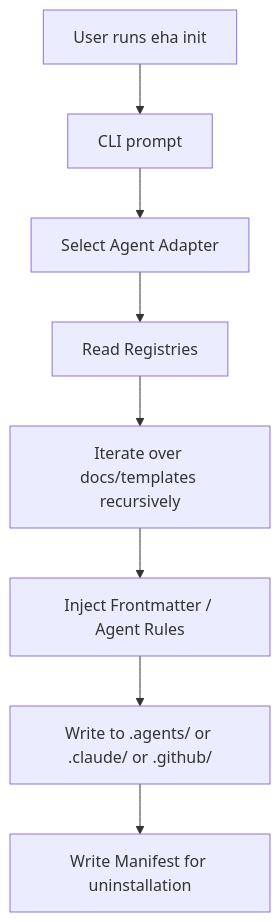
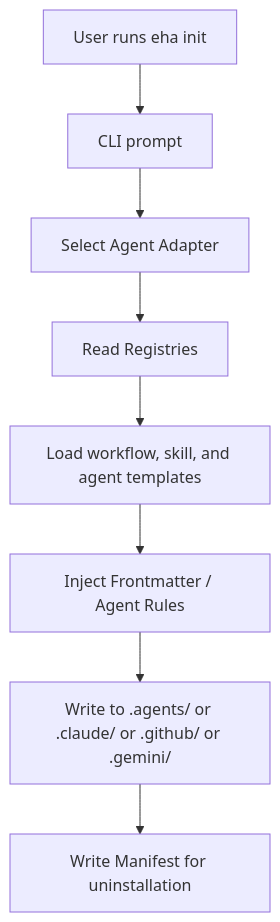
Before and after one commit to SallMarta/eye-hate-agent: the first of 2 diagrams in docs/project-docs/foundation/architecture.md, drawn with Mermaid. The commit also changed other lines of this file and 25 other files, not shown here.

````diff
--- a/docs/project-docs/foundation/architecture.md
+++ b/docs/project-docs/foundation/architecture.md
@@ -56,10 +56,10 @@
 ```mermaid
 graph TD
     A[User runs eha init] --> B[CLI prompt]
     B --> C[Select Agent Adapter]
     C --> D[Read Registries]
-    D --> E[Iterate over docs/templates recursively]
+    D --> E[Load workflow, skill, and agent templates]
     E --> F[Inject Frontmatter / Agent Rules]
-    F --> G[Write to .agents/ or .claude/ or .github/]
+    F --> G[Write to .agents/ or .claude/ or .github/ or .gemini/]
     G --> H[Write Manifest for uninstallation]
 ```
````
